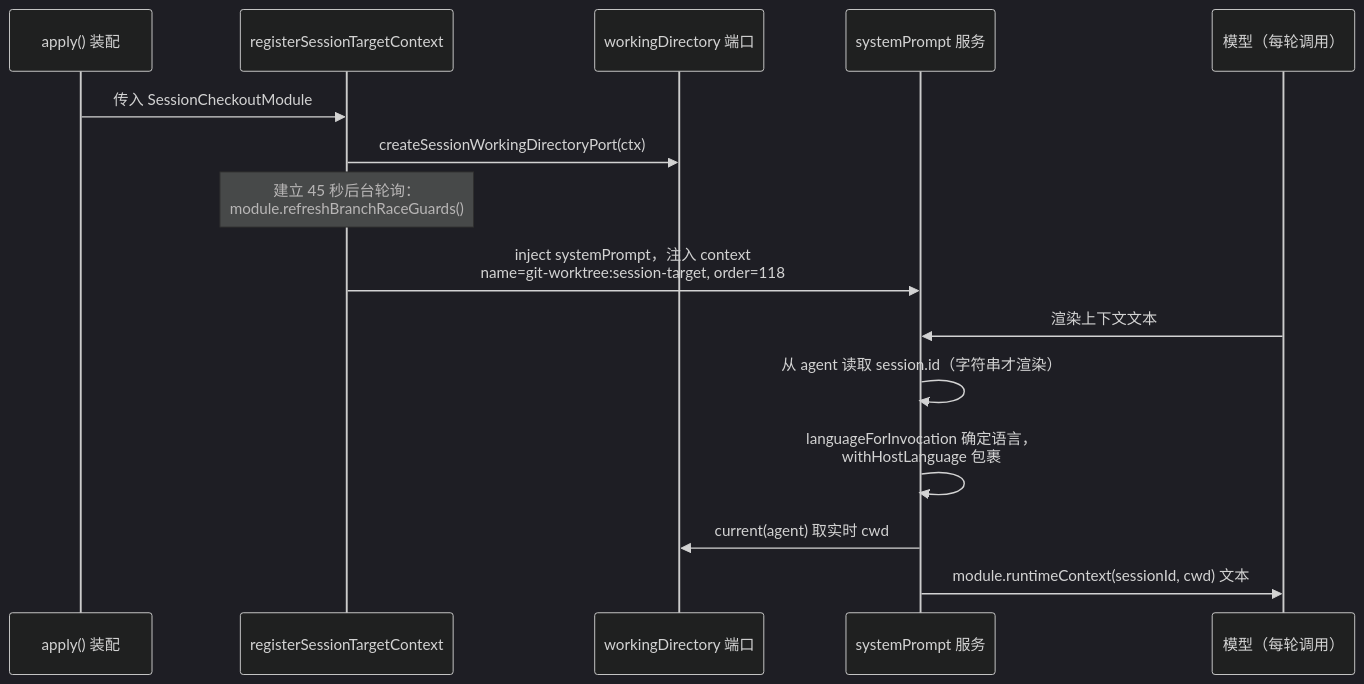
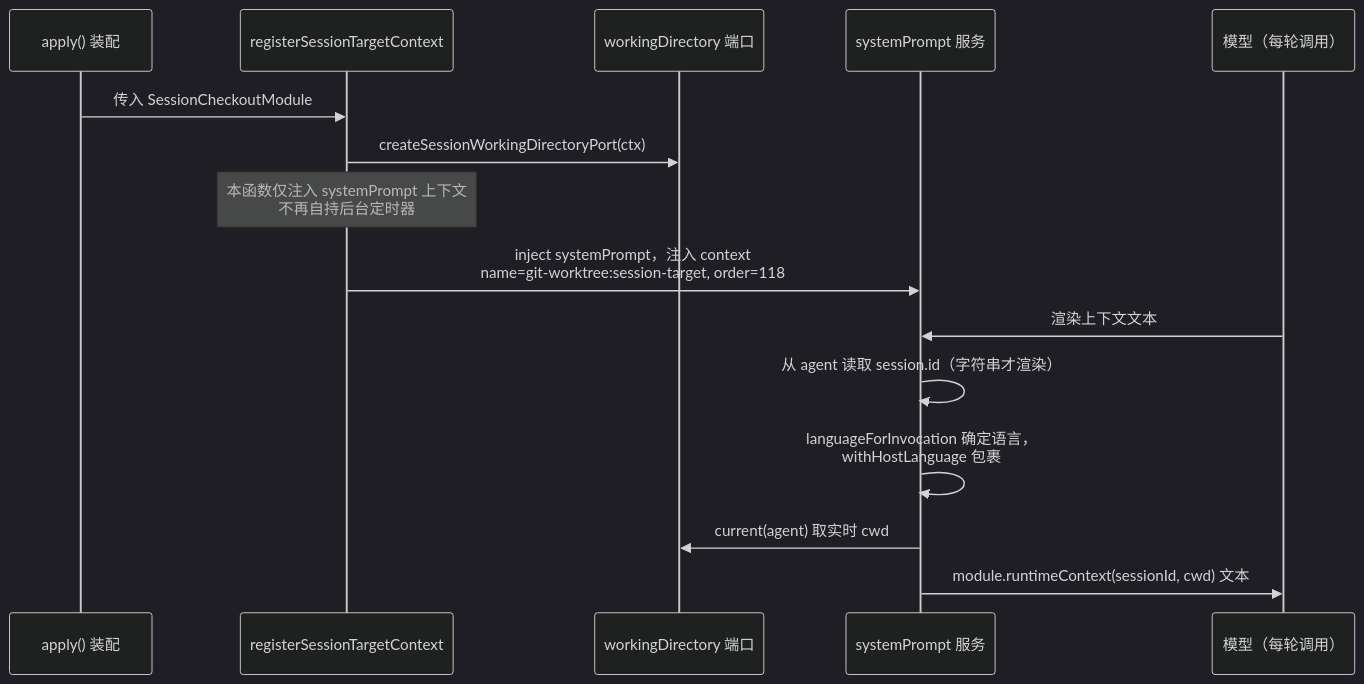
One commit to ikliml666/dsh-git-workspace changed the sixth of 7 diagrams in .codewiki/_native-state/docs/core_worktree_domain_and_infrastructure/session_checkout_domain/session_checkout_runtime/workspace_provider_lifecycle.md. Above: the diagram before and after it, drawn with Mermaid (dark theme). The commit also changed other lines of this file and 71 other files, not shown here.

````diff
--- a/.codewiki/_native-state/docs/core_worktree_domain_and_infrastructure/session_checkout_domain/session_checkout_runtime/workspace_provider_lifecycle.md
+++ b/.codewiki/_native-state/docs/core_worktree_domain_and_infrastructure/session_checkout_domain/session_checkout_runtime/workspace_provider_lifecycle.md
@@ -172,18 +172,18 @@
 ```mermaid
 sequenceDiagram
     participant Apply as apply() 装配
     participant RTC as registerSessionTargetContext
     participant WD as workingDirectory 端口
     participant SP as systemPrompt 服务
     participant Model as 模型（每轮调用）
 
     Apply->>RTC: 传入 SessionCheckoutModule
     RTC->>WD: createSessionWorkingDirectoryPort(ctx)
-    Note over RTC: 建立 45 秒后台轮询：<br/>module.refreshBranchRaceGuards()
+    Note over RTC: 本函数仅注入 systemPrompt 上下文<br/>不再自持后台定时器
     RTC->>SP: inject systemPrompt，注入 context<br/>name=git-worktree:session-target, order=118
     Model->>SP: 渲染上下文文本
     SP->>SP: 从 agent 读取 session.id（字符串才渲染）
     SP->>SP: languageForInvocation 确定语言，<br/>withHostLanguage 包裹
     SP->>WD: current(agent) 取实时 cwd
     SP->>Model: module.runtimeContext(sessionId, cwd) 文本
 ```
````
